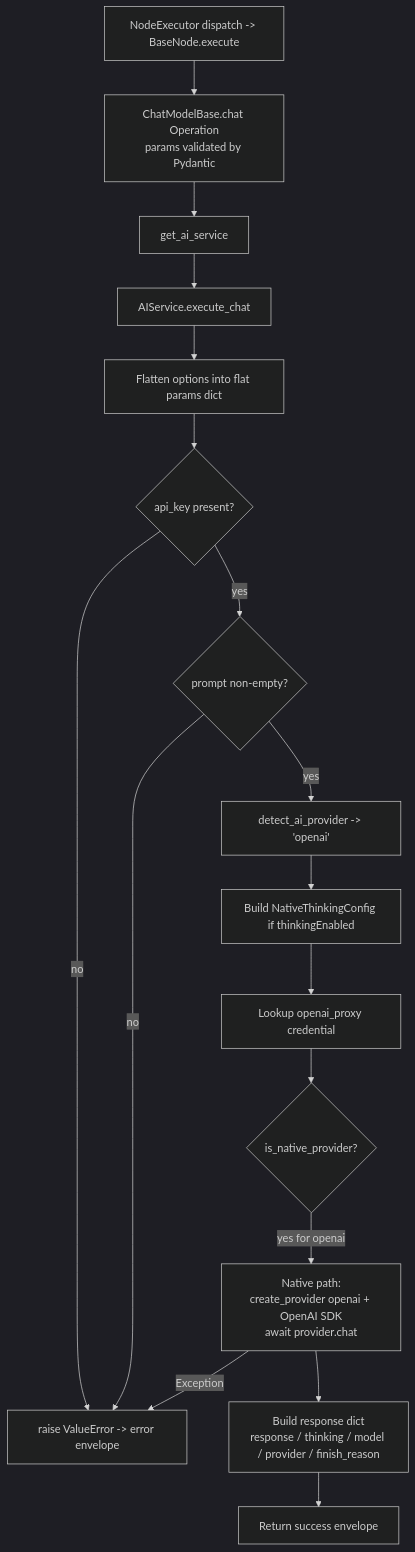
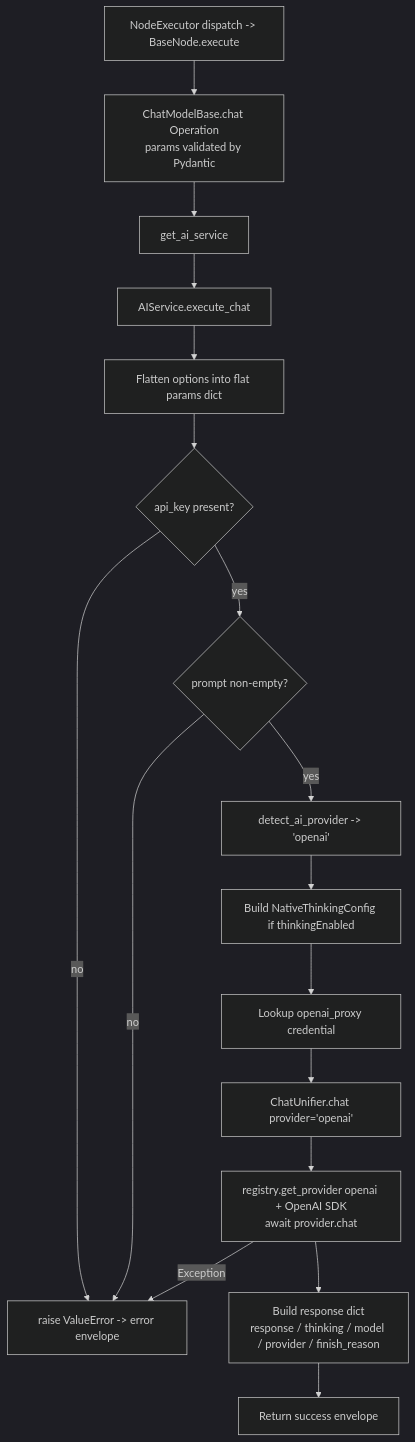
The diagram in docs-internal/node-logic-flows/ai_chat_models/openaiChatModel.md (zeenie-ai/OpenCompany), drawn with Mermaid (dark theme) before and after one commit. The commit also changed other lines of this file and 39 other files, not shown here.

````diff
--- a/docs-internal/node-logic-flows/ai_chat_models/openaiChatModel.md
+++ b/docs-internal/node-logic-flows/ai_chat_models/openaiChatModel.md
@@ -66,19 +66,19 @@
 ```mermaid
 flowchart TD
   A[NodeExecutor dispatch -> BaseNode.execute] --> B[ChatModelBase.chat Operation<br/>params validated by Pydantic]
   B --> C[get_ai_service]
   C --> D[AIService.execute_chat]
   D --> E[Flatten options into flat params dict]
   E --> F{api_key present?}
   F -- no --> X[raise ValueError -> error envelope]
   F -- yes --> G{prompt non-empty?}
   G -- no --> X
   G -- yes --> H[detect_ai_provider -> 'openai']
   H --> I[Build NativeThinkingConfig if thinkingEnabled]
   I --> J[Lookup openai_proxy credential]
-  J --> K{is_native_provider?}
-  K -- yes for openai --> L[Native path:<br/>create_provider openai + OpenAI SDK<br/>await provider.chat]
+  J --> K[ChatUnifier.chat provider='openai']
+  K --> L[registry.get_provider openai + OpenAI SDK<br/>await provider.chat]
   L --> M[Build response dict<br/>response / thinking / model / provider / finish_reason]
   M --> N[Return success envelope]
   L -- Exception --> X
 ```
````
